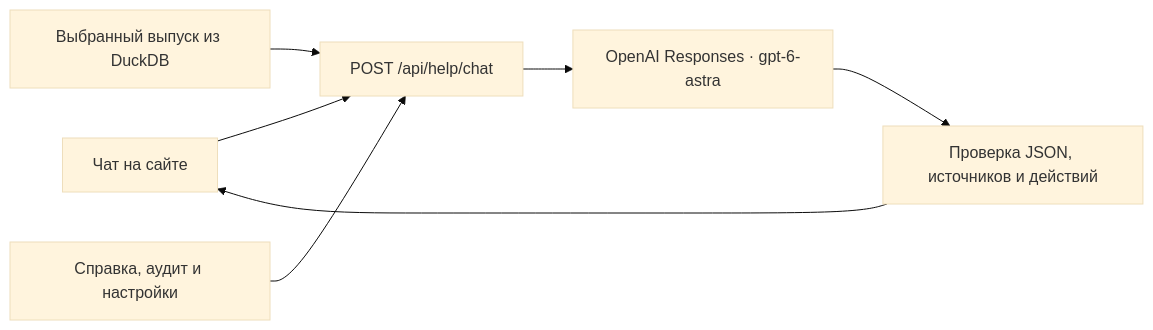
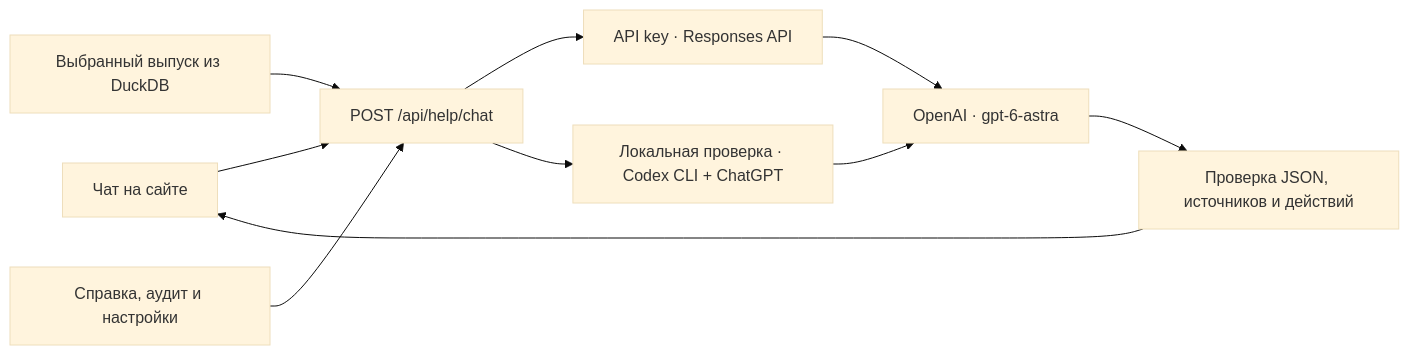
One commit to BAITC-Hacks/hack-575875e7-rentbox changed the diagram in docs/AI-HELP.md. Above: the diagram before and after it, drawn with Mermaid (base theme). The commit also changed other lines of this file and 5 other files, not shown here.

Commit message:
Подключена Astra и настройки OpenAI

````diff
--- a/docs/AI-HELP.md
+++ b/docs/AI-HELP.md
@@ -70,8 +116,11 @@
 ```mermaid
 flowchart LR
     UI["Чат на сайте"] --> API["POST /api/help/chat"]
     DB["Выбранный выпуск из DuckDB"] --> API
     K["Справка, аудит и настройки"] --> API
-    API --> O["OpenAI Responses · gpt-6-astra"]
+    API --> A["API key · Responses API"]
+    API --> C["Локальная проверка · Codex CLI + ChatGPT"]
+    A --> O["OpenAI · gpt-6-astra"]
+    C --> O
     O --> V["Проверка JSON, источников и действий"] --> UI
 ```
````
